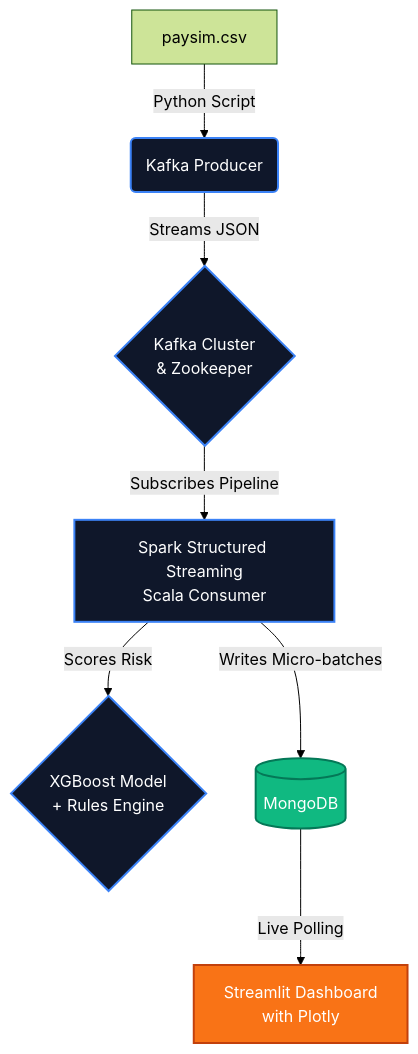
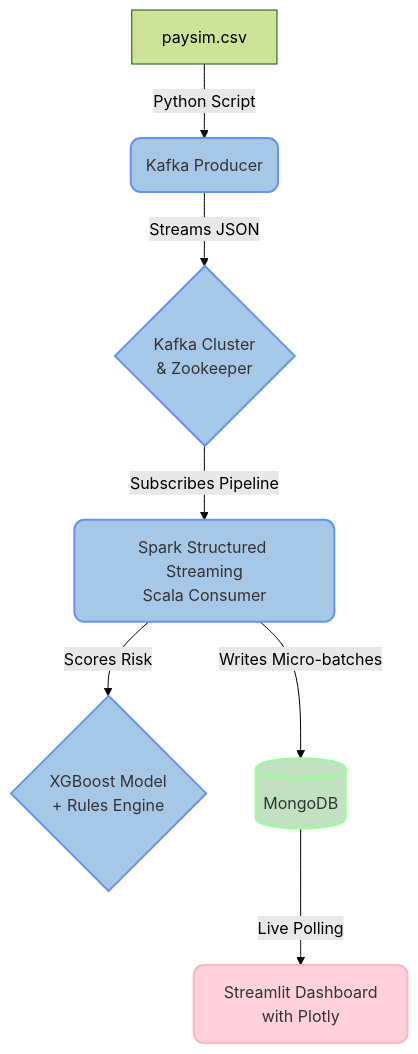
The diagram in README.md (RimeAabil/FraudPulse), drawn with Mermaid (forest theme) before and after one commit.

Commit message:
docs: update architecture diagram with pastel colors

````diff
--- a/README.md
+++ b/README.md
@@ -52,13 +52,13 @@
 ```mermaid
 graph TD
-    classDef tech fill:#0F172A,stroke:#3B82F6,stroke-width:2px,color:#fff;
-    classDef db fill:#10B981,stroke:#047857,stroke-width:2px,color:#fff;
-    classDef ui fill:#F97316,stroke:#C2410C,stroke-width:2px,color:#fff;
+    classDef tech fill:#A7C7E7,stroke:#6495ED,stroke-width:2px,color:#333,rx:10,ry:10;
+    classDef db fill:#C1E1C1,stroke:#98FF98,stroke-width:2px,color:#333,rx:10,ry:10;
+    classDef ui fill:#FFD1DC,stroke:#FFB6C1,stroke-width:2px,color:#333,rx:10,ry:10;
 
     A[paysim.csv] -->|Python Script| B(Kafka Producer):::tech
     B -->|Streams JSON| C{Kafka Cluster\n& Zookeeper}:::tech
     C -->|Subscribes Pipeline| D[Spark Structured Streaming\nScala Consumer]:::tech
     D -->|Scores Risk| X{XGBoost Model\n+ Rules Engine}:::tech
     D -->|Writes Micro-batches| E[(MongoDB)]:::db
     E -->|Live Polling| F[Streamlit Dashboard\nwith Plotly]:::ui
 ```
````
